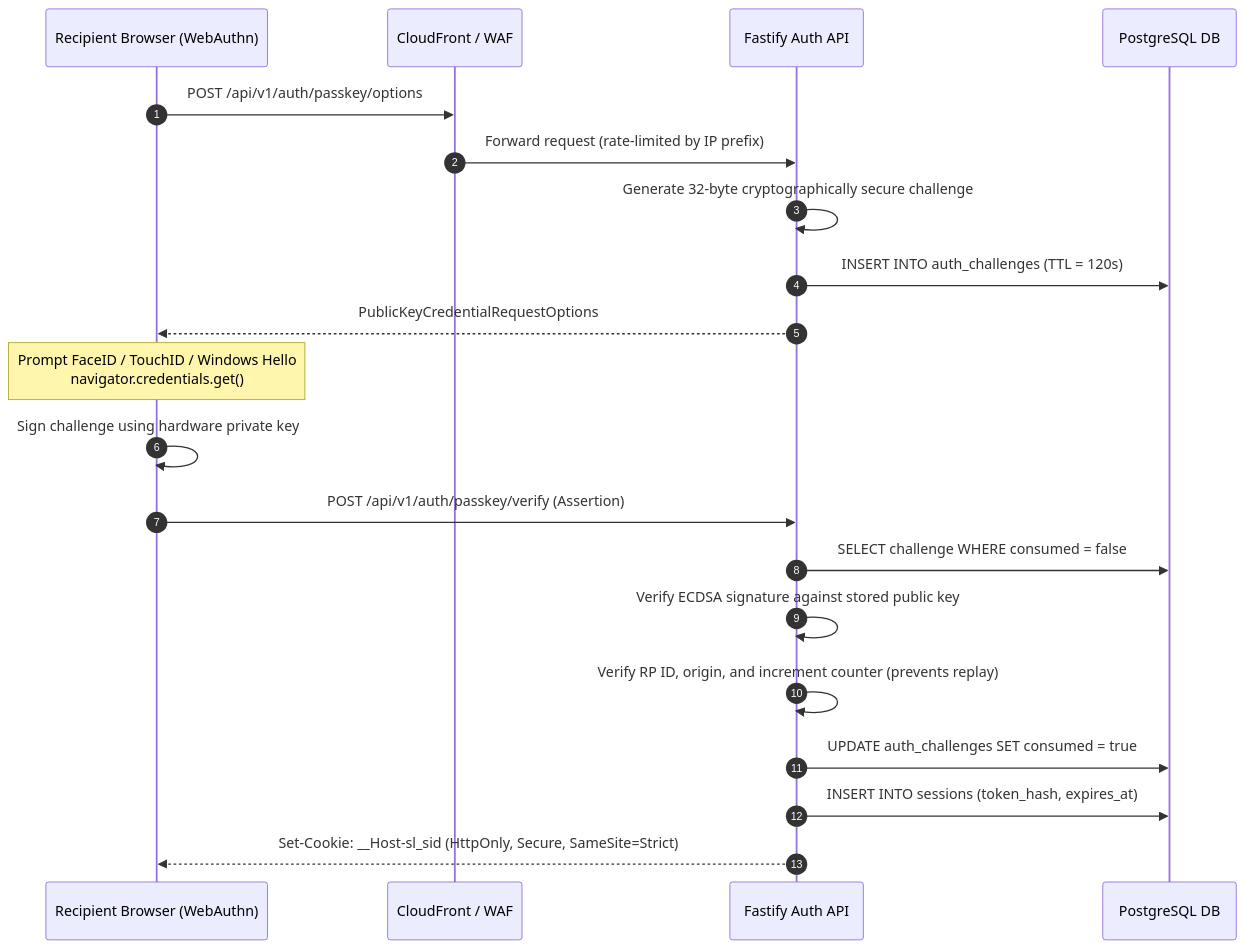
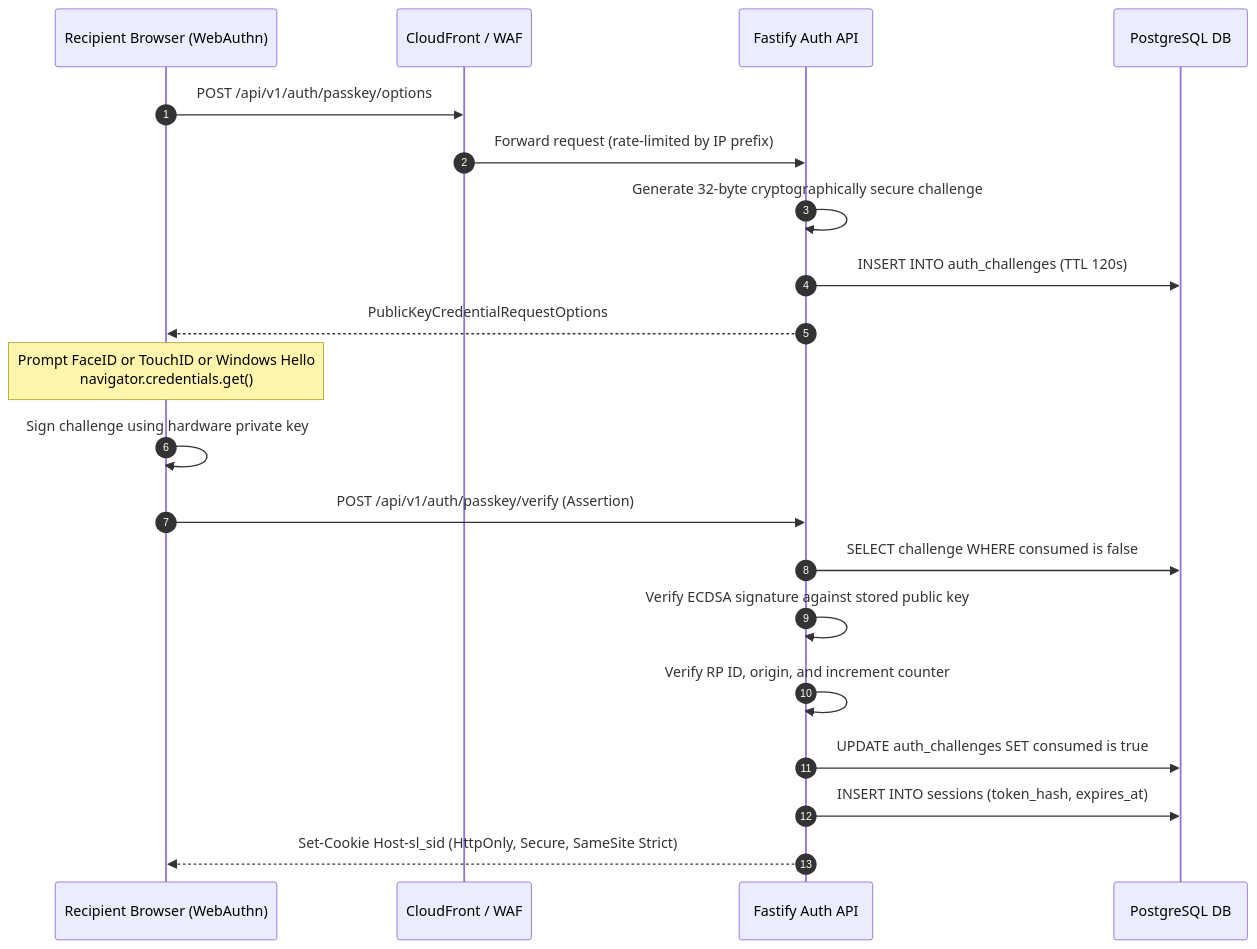
Before and after one commit to HarshkumarG007/SlowLight: the third of 17 diagrams in README.md, drawn with Mermaid. The commit also changed other lines of this file, not shown here.

Commit message:
docs(readme): fix GitHub Mermaid parser syntax across all sequence diagrams

````diff
--- a/README.md
+++ b/README.md
@@ -676,23 +676,23 @@
 ```mermaid
 sequenceDiagram
     autonumber
     participant Browser as Recipient Browser (WebAuthn)
     participant Edge as CloudFront / WAF
     participant API as Fastify Auth API
     participant DB as PostgreSQL DB
     
     Browser->>Edge: POST /api/v1/auth/passkey/options
     Edge->>API: Forward request (rate-limited by IP prefix)
     API->>API: Generate 32-byte cryptographically secure challenge
-    API->>DB: INSERT INTO auth_challenges (TTL = 120s)
+    API->>DB: INSERT INTO auth_challenges (TTL 120s)
     API-->>Browser: PublicKeyCredentialRequestOptions
-    Note over Browser: Prompt FaceID / TouchID / Windows Hello<br/>navigator.credentials.get()
+    Note over Browser: Prompt FaceID or TouchID or Windows Hello<br/>navigator.credentials.get()
     Browser->>Browser: Sign challenge using hardware private key
     Browser->>API: POST /api/v1/auth/passkey/verify (Assertion)
-    API->>DB: SELECT challenge WHERE consumed = false
+    API->>DB: SELECT challenge WHERE consumed is false
     API->>API: Verify ECDSA signature against stored public key
-    API->>API: Verify RP ID, origin, and increment counter (prevents replay)
-    API->>DB: UPDATE auth_challenges SET consumed = true
+    API->>API: Verify RP ID, origin, and increment counter
+    API->>DB: UPDATE auth_challenges SET consumed is true
     API->>DB: INSERT INTO sessions (token_hash, expires_at)
-    API-->>Browser: Set-Cookie: __Host-sl_sid (HttpOnly, Secure, SameSite=Strict)
+    API-->>Browser: Set-Cookie Host-sl_sid (HttpOnly, Secure, SameSite Strict)
 ```
````
